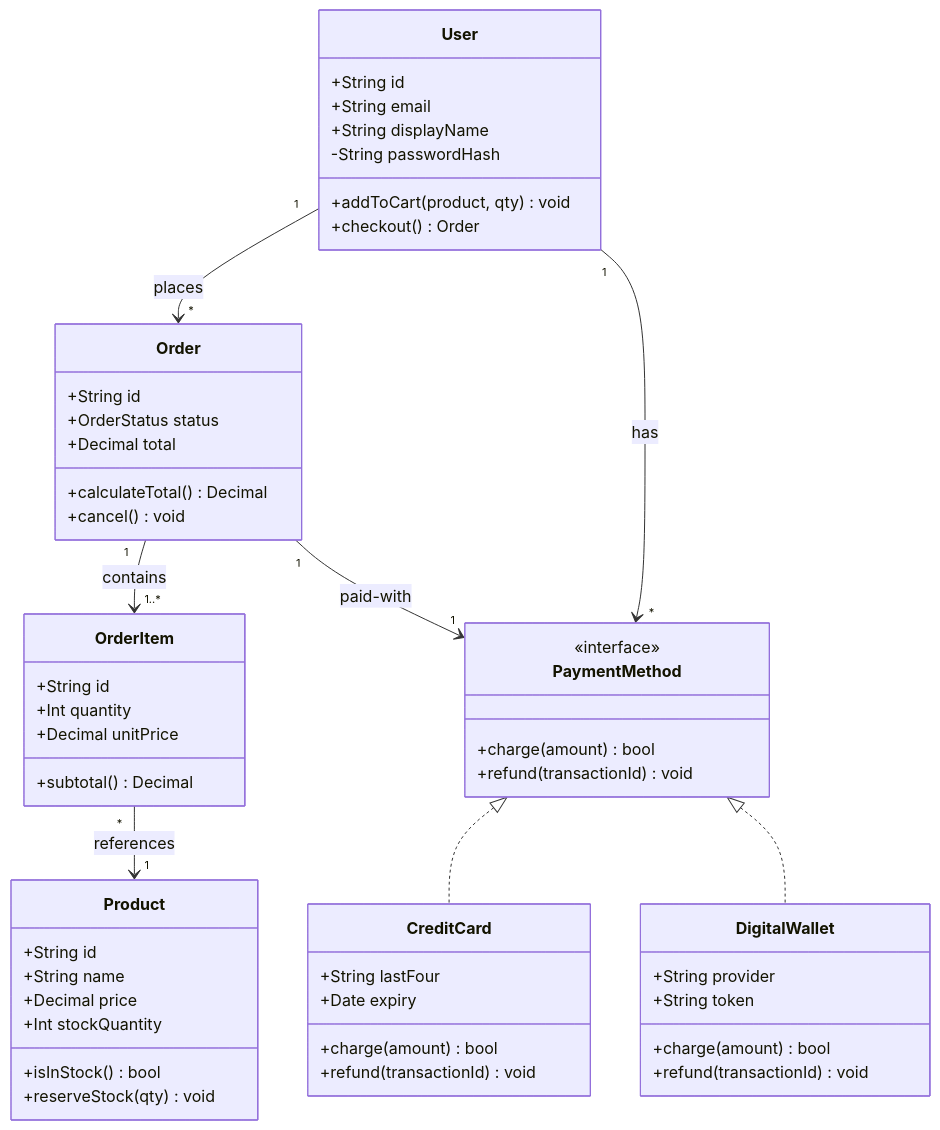
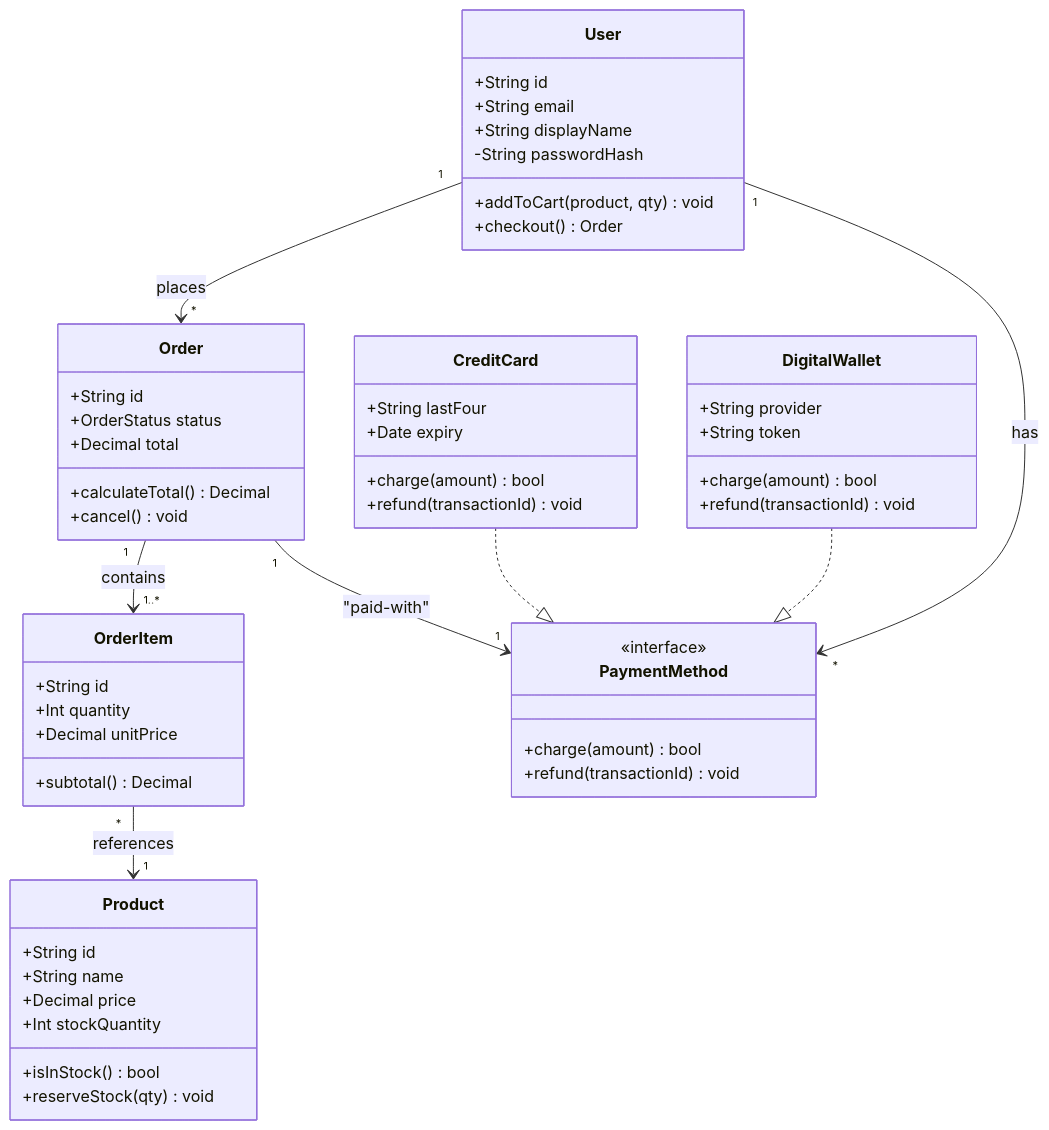
One commit to effiy/YrY changed diagram 11 of 26 in YiKnowledge/engineer/engineering/create-diagrams-with-mermaid.md. Above: the diagram before and after it, drawn with Mermaid. The commit also changed 7 other files, not shown here.

First line of the commit message:
feat: add mermaid diagram support with toolbar and previews

````diff
--- a/YiKnowledge/engineer/engineering/create-diagrams-with-mermaid.md
+++ b/YiKnowledge/engineer/engineering/create-diagrams-with-mermaid.md
@@ -382,63 +382,63 @@
 ```mermaid
 classDiagram
     class User {
         +String id
         +String email
         +String displayName
         -String passwordHash
         +addToCart(product, qty) void
         +checkout() Order
     }
 
     class Order {
         +String id
         +OrderStatus status
         +Decimal total
         +calculateTotal() Decimal
         +cancel() void
     }
 
     class OrderItem {
         +String id
         +Int quantity
         +Decimal unitPrice
         +subtotal() Decimal
     }
 
     class Product {
         +String id
         +String name
         +Decimal price
         +Int stockQuantity
         +isInStock() bool
         +reserveStock(qty) void
     }
 
     class PaymentMethod {
         <<interface>>
         +charge(amount) bool
         +refund(transactionId) void
     }
 
     class CreditCard {
         +String lastFour
         +Date expiry
         +charge(amount) bool
         +refund(transactionId) void
     }
 
     class DigitalWallet {
         +String provider
         +String token
         +charge(amount) bool
         +refund(transactionId) void
     }
 
     User "1" --> "*" Order : places
     Order "1" --> "1..*" OrderItem : contains
     OrderItem "*" --> "1" Product : references
-    PaymentMethod <|.. CreditCard
-    PaymentMethod <|.. DigitalWallet
+    CreditCard ..|> PaymentMethod
+    DigitalWallet ..|> PaymentMethod
     User "1" --> "*" PaymentMethod : has
-    Order "1" --> "1" PaymentMethod : paid-with
+    Order "1" --> "1" PaymentMethod : "paid-with"
 ```
````
